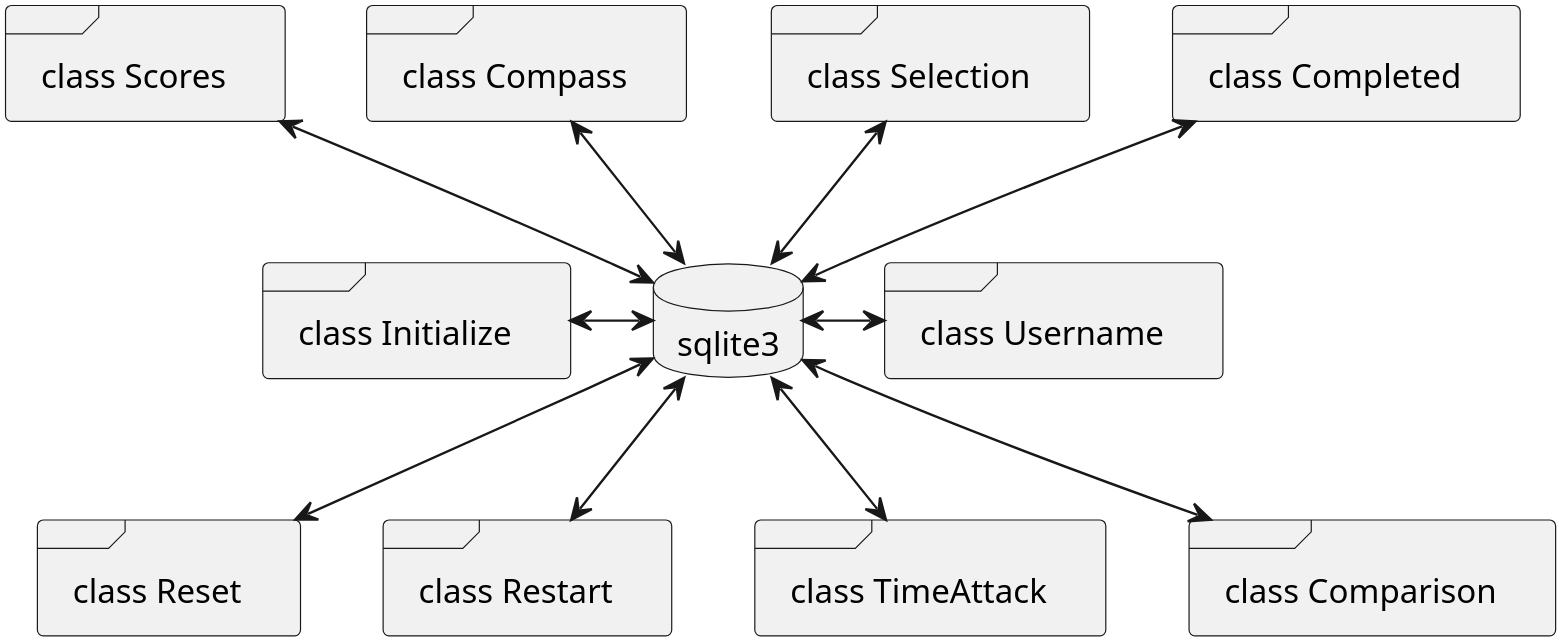
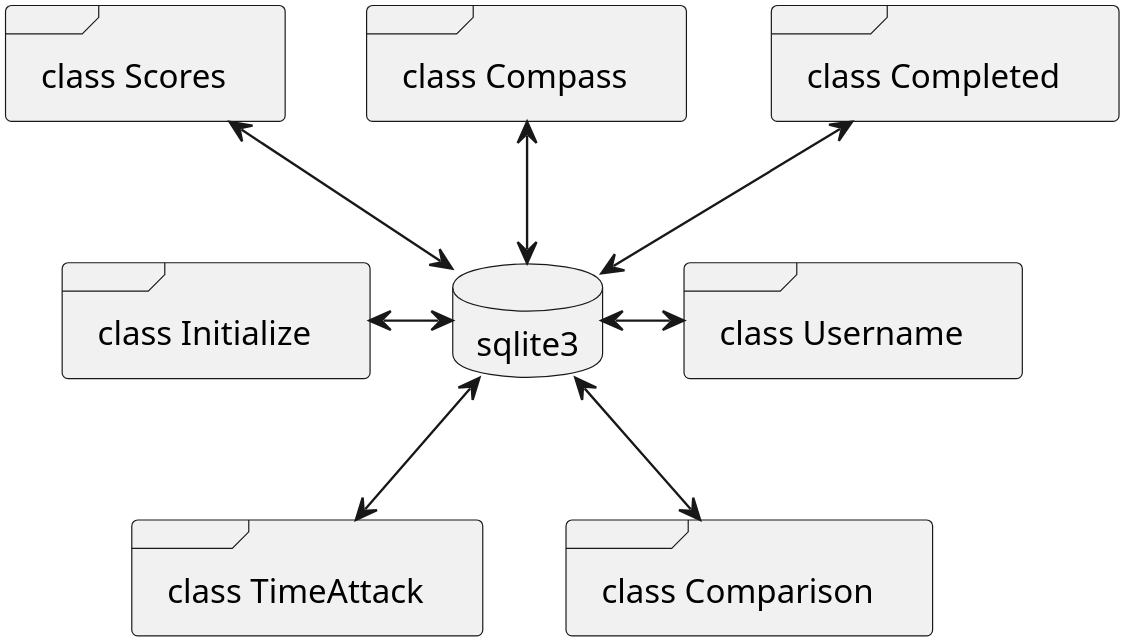
Before and after one commit to djhunter67/Softeare-Engineering-Rubiks-Cube: the fifth of 5 diagrams in rubiks_arc.org, drawn with PlantUML. The commit also changed other lines of this file and 8 other files, not shown here.

```diff
--- a/rubiks_arc.org
+++ b/rubiks_arc.org
@@ -180,29 +202,23 @@
 #+BEGIN_SRC plantuml :file data_architecture.png
 
   scale 600
   database "sqlite3" 
 
   frame "class Initialize" as f1
   frame "class Username" as f2
-  frame "class Reset" as f3
-  frame "class Restart" as f4
   frame "class TimeAttack" as f5
   frame "class Comparison" as f6
   frame "class Completed" as f7
-  frame "class Selection" as f8
   frame "class Compass" as f9
   frame "class Scores" as f10
 
       sqlite3 <-left-> f1
       sqlite3 <-right-> f2
-      sqlite3 <--> f3
-      sqlite3 <--> f4
       sqlite3 <--> f5
       sqlite3 <--> f6
       sqlite3 <-up-> f7
-      sqlite3 <-up-> f8
       sqlite3 <-up-> f9
       sqlite3 <-up-> f10
 
 
 #+END_SRC
```
